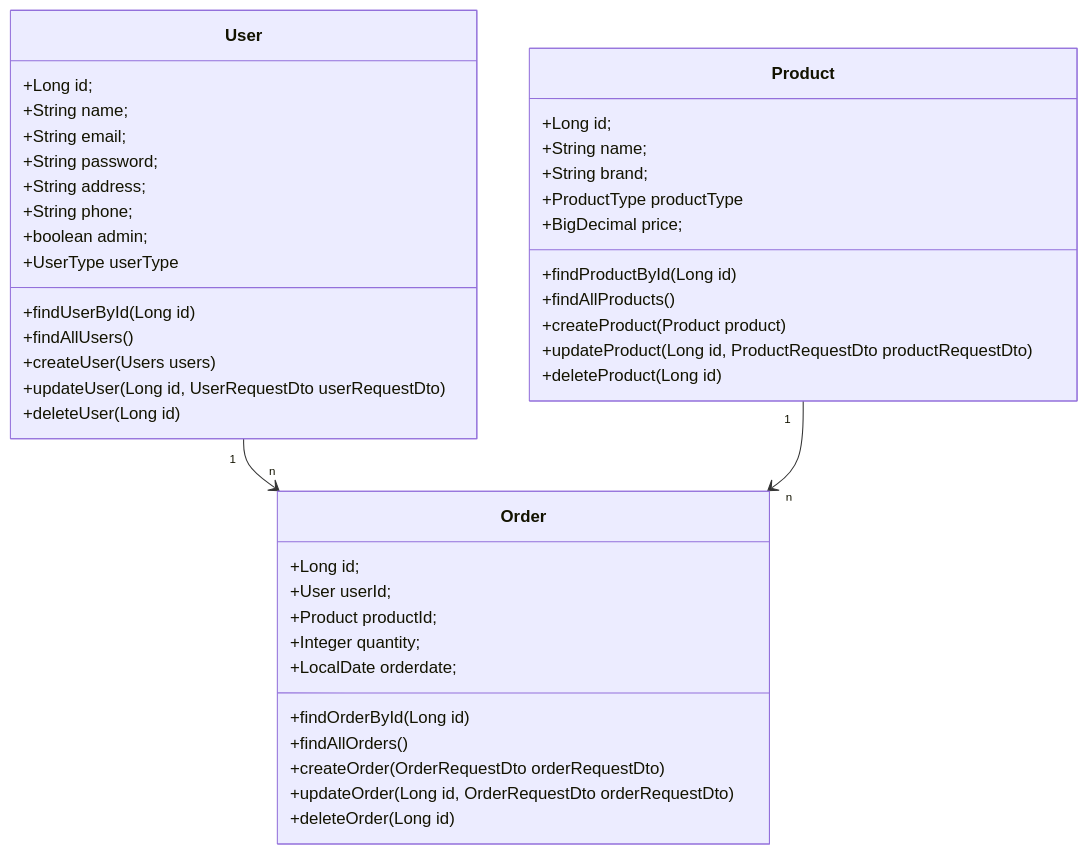
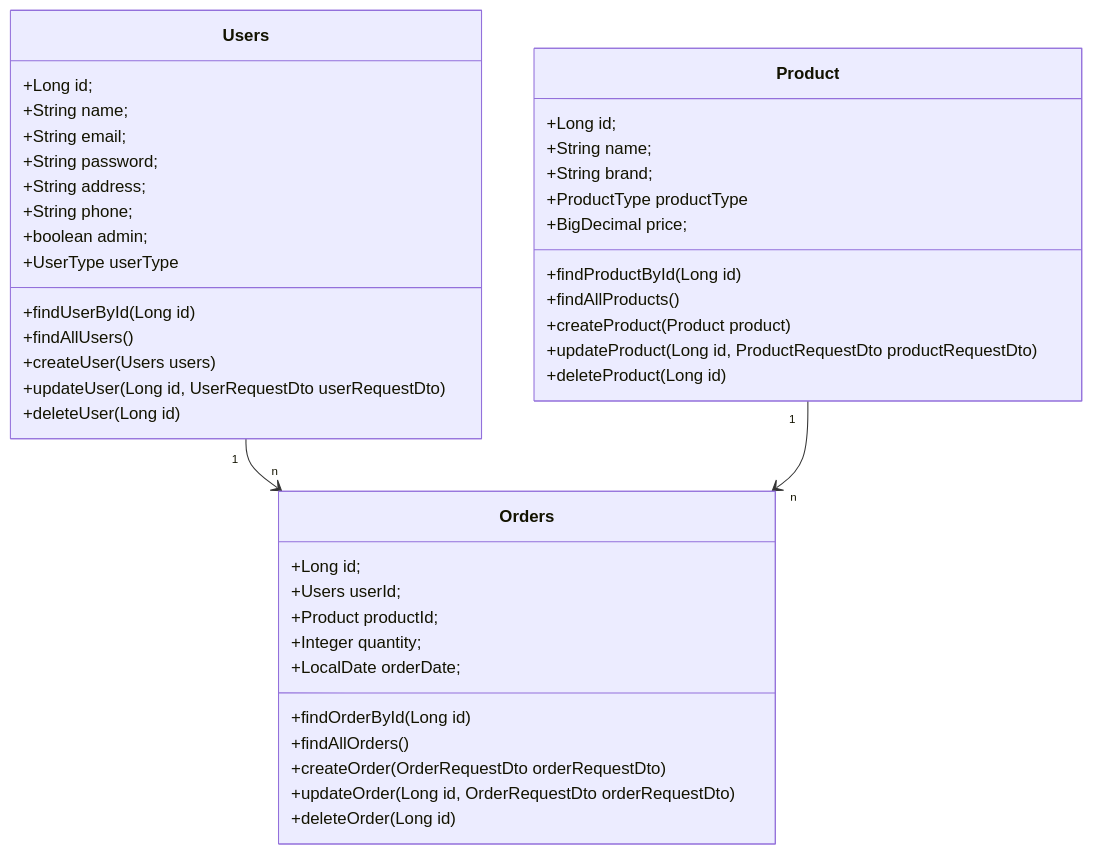
One commit to DiegoCasemiroFS/distribuidora changed the diagram in README.md. Above: the diagram before and after it, drawn with Mermaid. The commit also changed other lines of this file, not shown here.

````diff
--- a/README.md
+++ b/README.md
@@ -8,50 +31,50 @@
 ```mermaid
 classDiagram   
-    class Order {
+    class Orders {
         +Long id;
-        +User userId;
+        +Users userId;
         +Product productId;
         +Integer quantity;
-        +LocalDate orderdate;
+        +LocalDate orderDate;
         
         +findOrderById(Long id)
         +findAllOrders()
         +createOrder(OrderRequestDto orderRequestDto)
         +updateOrder(Long id, OrderRequestDto orderRequestDto)
         +deleteOrder(Long id)
     }
     
     class Product {
         +Long id;
         +String name;
         +String brand;
         +ProductType productType
         +BigDecimal price;
         
         +findProductById(Long id)
         +findAllProducts()
         +createProduct(Product product)
         +updateProduct(Long id, ProductRequestDto productRequestDto)
         +deleteProduct(Long id)
     }
     
-        class User {
+    class Users {
         +Long id;
         +String name;
         +String email;
         +String password;
         +String address;
         +String phone;
         +boolean admin;
         +UserType userType
         
         +findUserById(Long id)
         +findAllUsers()
         +createUser(Users users)
         +updateUser(Long id, UserRequestDto userRequestDto)
         +deleteUser(Long id)
     }
 
-    User "1" --> "n" Order
-    Product "1" --> "n" Order
+    Users "1" --> "n" Orders
+    Product "1" --> "n" Orders
 ```
````
